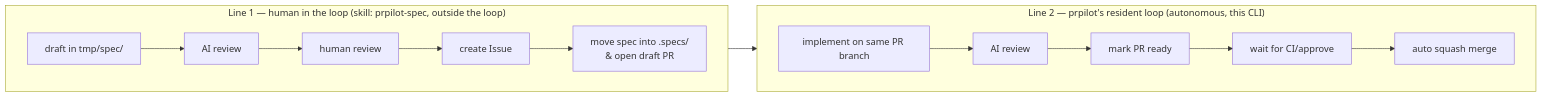
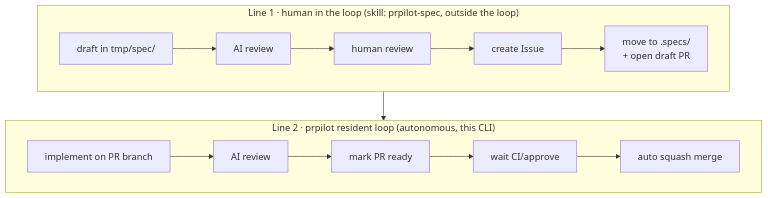
The first of 2 diagrams in README.md (toyama0919/ghswarm), drawn with Mermaid before and after one commit. The commit also changed other lines of this file, not shown here.

Commit message:
Fix Mermaid state diagram parse error and reduce diagram width

````diff
--- a/README.md
+++ b/README.md
@@ -17,12 +17,12 @@
 ```mermaid
-flowchart LR
-  subgraph L1["Line 1 — human in the loop (skill: prpilot-spec, outside the loop)"]
+flowchart TB
+  subgraph L1["Line 1 · human in the loop (skill: prpilot-spec, outside the loop)"]
     direction LR
-    A1["draft in tmp/spec/"] --> A2["AI review"] --> A3["human review"] --> A4["create Issue"] --> A5["move spec into .specs/<br/>& open draft PR"]
+    A1[draft in tmp/spec/] --> A2[AI review] --> A3[human review] --> A4[create Issue] --> A5[move to .specs/<br/>+ open draft PR]
   end
-  subgraph L2["Line 2 — prpilot's resident loop (autonomous, this CLI)"]
+  subgraph L2["Line 2 · prpilot resident loop (autonomous, this CLI)"]
     direction LR
-    B1["implement on same PR branch"] --> B2["AI review"] --> B3["mark PR ready"] --> B4["wait for CI/approve"] --> B5["auto squash merge"]
+    B1[implement on PR branch] --> B2[AI review] --> B3[mark PR ready] --> B4[wait CI/approve] --> B5[auto squash merge]
   end
   L1 --> L2
 ```
````
